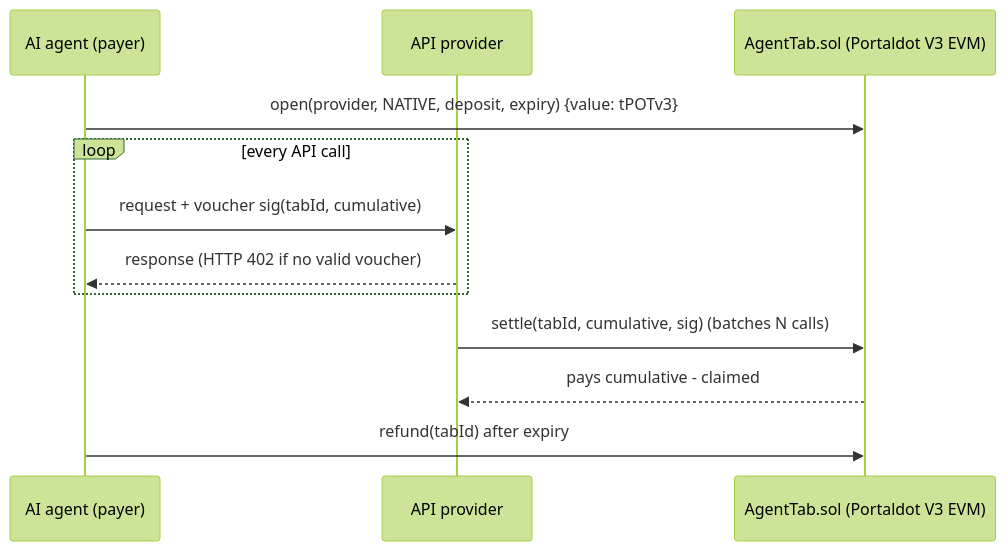
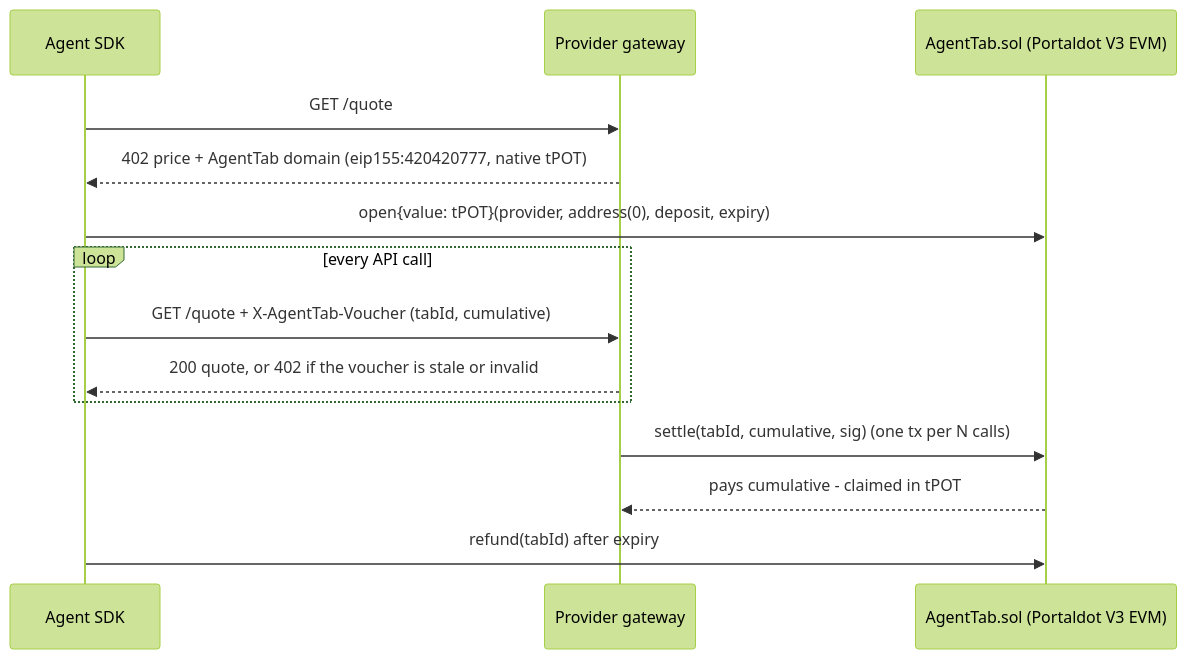
One commit to zwang1111/agenttab-portaldot changed the diagram in README.md. Above: the diagram before and after it, drawn with Mermaid (forest theme). The commit also changed other lines of this file and 3 other files, not shown here.

First line of the commit message:
Document the gateway flow and disclose the Celo contract reuse.

````diff
--- a/README.md
+++ b/README.md
@@ -11,14 +14,16 @@
 ```mermaid
 sequenceDiagram
-    participant A as AI agent (payer)
-    participant P as API provider
+    participant A as Agent SDK
+    participant G as Provider gateway
     participant C as AgentTab.sol (Portaldot V3 EVM)
-    A->>C: open(provider, NATIVE, deposit, expiry) {value: tPOTv3}
+    A->>G: GET /quote
+    G-->>A: 402 price + AgentTab domain (eip155:420420777, native tPOT)
+    A->>C: open{value: tPOT}(provider, address(0), deposit, expiry)
     loop every API call
-        A->>P: request + voucher sig(tabId, cumulative)
-        P-->>A: response (HTTP 402 if no valid voucher)
+        A->>G: GET /quote + X-AgentTab-Voucher (tabId, cumulative)
+        G-->>A: 200 quote, or 402 if the voucher is stale or invalid
     end
-    P->>C: settle(tabId, cumulative, sig)   (batches N calls)
-    C-->>P: pays cumulative - claimed
+    G->>C: settle(tabId, cumulative, sig)  (one tx per N calls)
+    C-->>G: pays cumulative - claimed in tPOT
     A->>C: refund(tabId) after expiry
 ```
````
